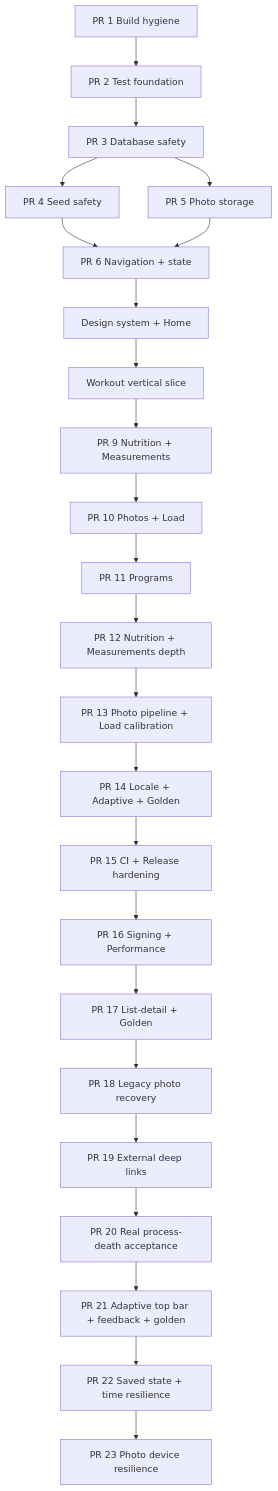
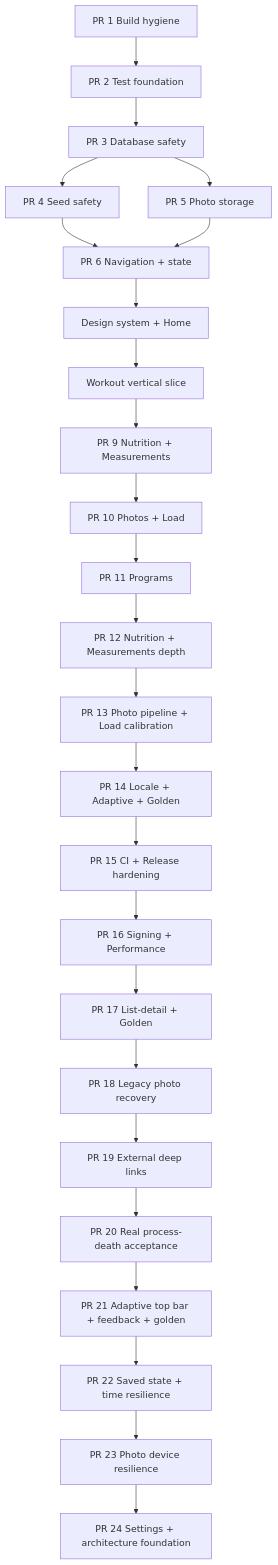
Before and after one commit to MehmetKucukOfficial/GymTracker: the diagram in docs/obsidian/roadmap/ROADMAP_EXECUTION_GRAPH.md, drawn with Mermaid. The commit also changed other lines of this file and 10 other files, not shown here.

Commit message:
docs: map settings and data foundation

````diff
--- a/docs/obsidian/roadmap/ROADMAP_EXECUTION_GRAPH.md
+++ b/docs/obsidian/roadmap/ROADMAP_EXECUTION_GRAPH.md
@@ -14,26 +14,27 @@
 ```mermaid
 flowchart TD
     PR1[PR 1 Build hygiene] --> PR2[PR 2 Test foundation]
     PR2 --> PR3[PR 3 Database safety]
     PR3 --> PR4[PR 4 Seed safety]
     PR3 --> PR5[PR 5 Photo storage]
     PR4 --> PR6[PR 6 Navigation + state]
     PR5 --> PR6
     PR6 --> UI[Design system + Home]
     UI --> WO[Workout vertical slice]
     WO --> N[PR 9 Nutrition + Measurements]
     N --> P[PR 10 Photos + Load]
     P --> PG[PR 11 Programs]
     PG --> ND[PR 12 Nutrition + Measurements depth]
     ND --> PC[PR 13 Photo pipeline + Load calibration]
     PC --> AL[PR 14 Locale + Adaptive + Golden]
     AL --> B[PR 15 CI + Release hardening]
     B --> RP[PR 16 Signing + Performance]
     RP --> LG[PR 17 List-detail + Golden]
     LG --> LR[PR 18 Legacy photo recovery]
     LR --> DL[PR 19 External deep links]
     DL --> PD[PR 20 Real process-death acceptance]
     PD --> AF[PR 21 Adaptive top bar + feedback + golden]
     AF --> ST[PR 22 Saved state + time resilience]
     ST --> PH[PR 23 Photo device resilience]
+    PH --> SD[PR 24 Settings + architecture foundation]
 ```
````
